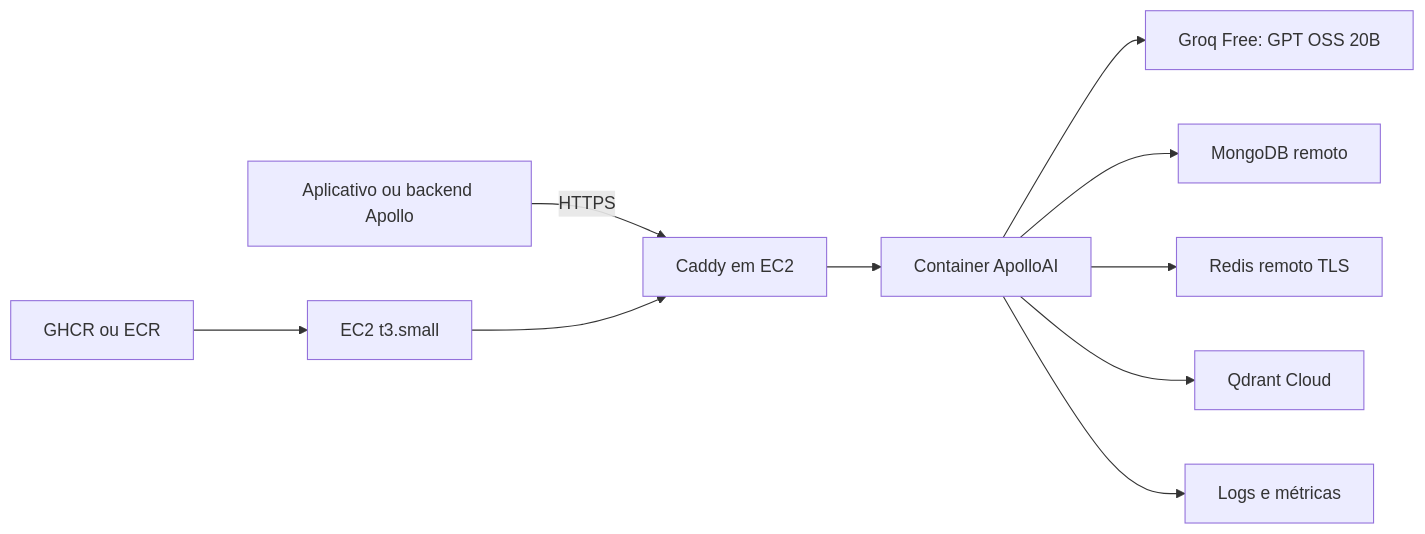
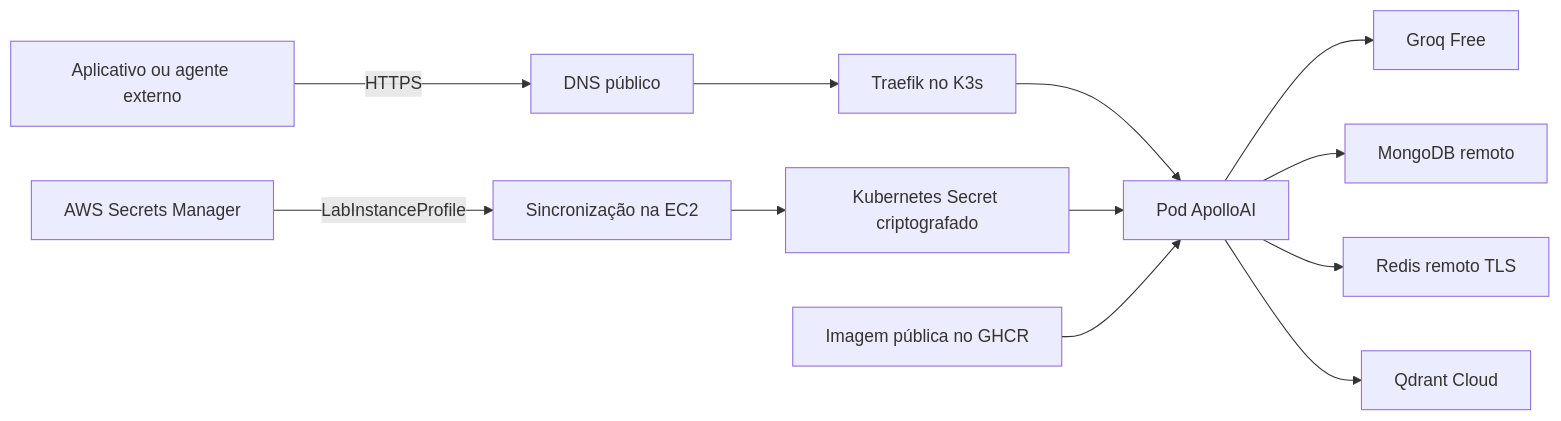
One commit to ApolloOficial/Chatbot-ApolloAI changed the diagram in docs/AWS_LEARNER_LAB.md. Above: the diagram before and after it, drawn with Mermaid. The commit also changed other lines of this file and 31 other files, not shown here.

Commit message:
feat: deploy AWS lab with K3s

````diff
--- a/docs/AWS_LEARNER_LAB.md
+++ b/docs/AWS_LEARNER_LAB.md
@@ -14,12 +10,14 @@
 ```mermaid
 flowchart LR
-    Client[Aplicativo ou backend Apollo] -->|HTTPS| Proxy[Caddy em EC2]
-    Proxy --> API[Container ApolloAI]
-    API --> Groq[Groq Free: GPT OSS 20B]
+    Client[Aplicativo ou agente externo] -->|HTTPS| DNS[DNS público]
+    DNS --> Traefik[Traefik no K3s]
+    Traefik --> API[Pod ApolloAI]
+    API --> Groq[Groq Free]
     API --> Mongo[MongoDB remoto]
     API --> Redis[Redis remoto TLS]
     API --> Qdrant[Qdrant Cloud]
-    API --> CW[Logs e métricas]
-    Registry[GHCR ou ECR] --> EC2[EC2 t3.small]
-    EC2 --> Proxy
+    Secrets[AWS Secrets Manager] -->|LabInstanceProfile| Sync[Sincronização na EC2]
+    Sync --> KSecret[Kubernetes Secret criptografado]
+    KSecret --> API
+    GHCR[Imagem pública no GHCR] --> API
 ```
````
